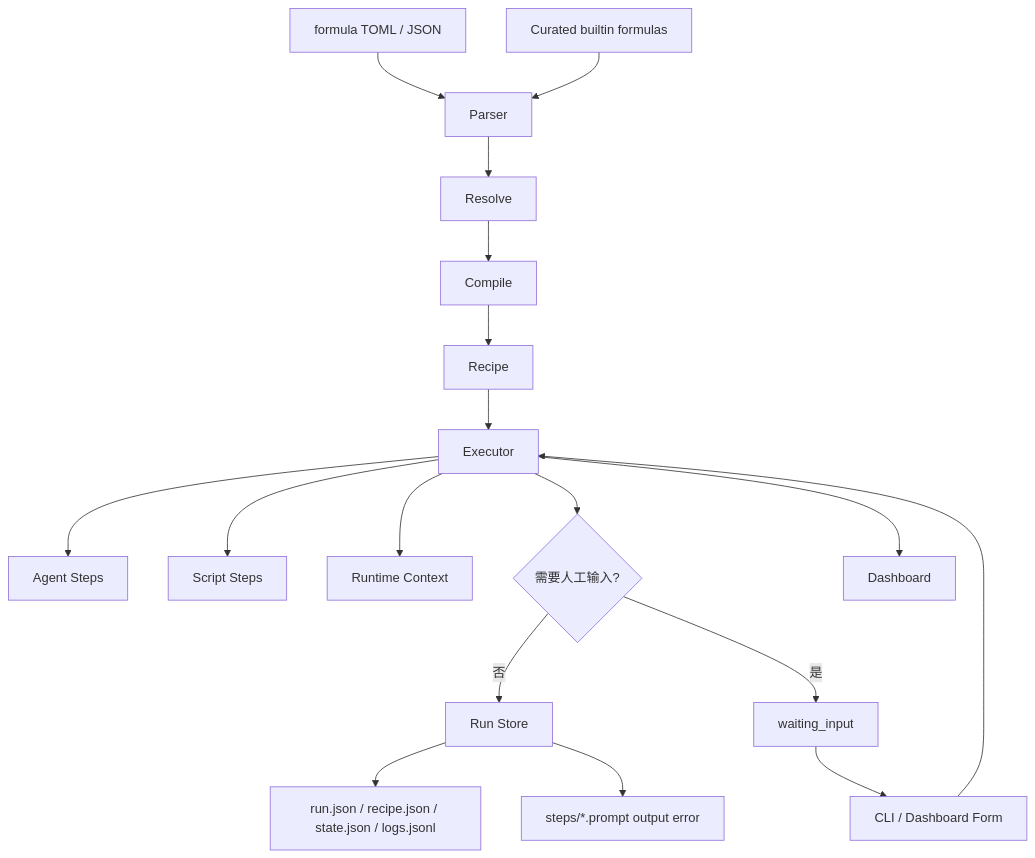
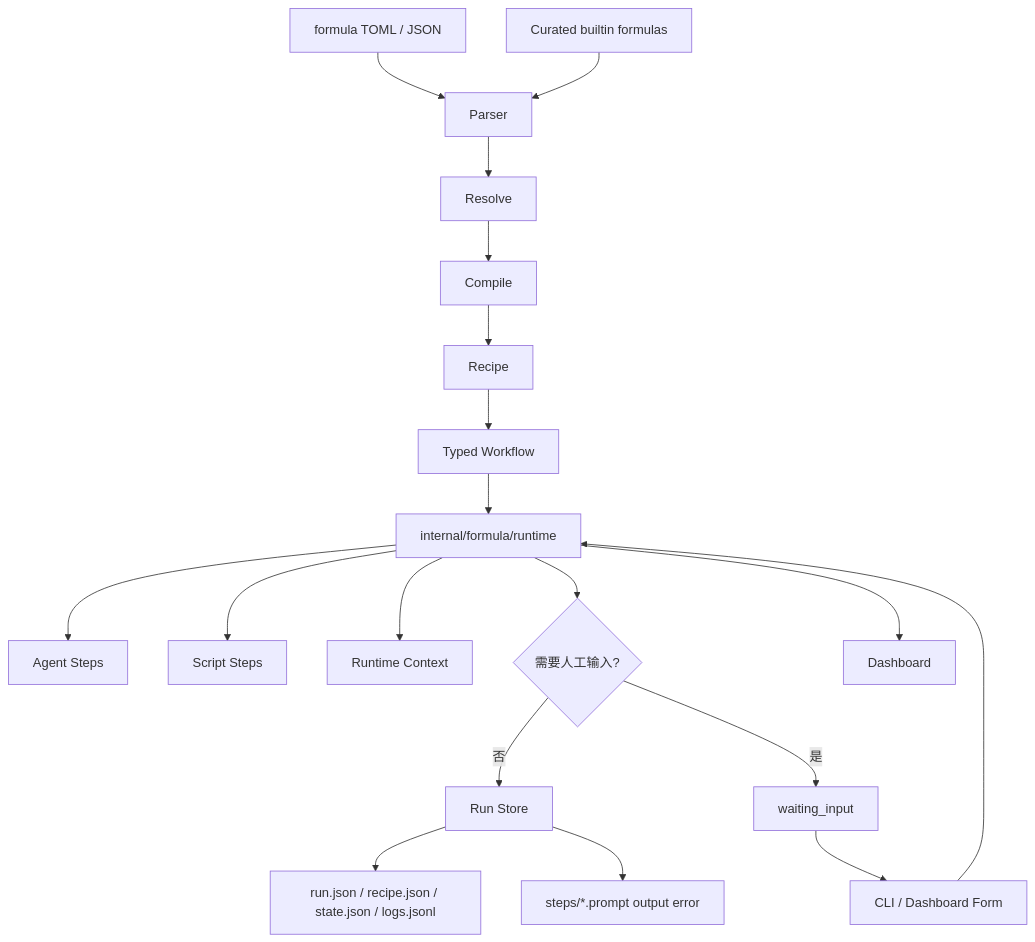
Before and after one commit to sjzsdu/tt: the first of 8 diagrams in ai-docs/formula-system.md, drawn with Mermaid. The commit also changed other lines of this file and 5 other files, not shown here.

Commit message:
docs(formula): update typed runtime architecture

````diff
--- a/ai-docs/formula-system.md
+++ b/ai-docs/formula-system.md
@@ -13,20 +13,21 @@
 ```mermaid
 flowchart TD
     A[formula TOML / JSON] --> B[Parser]
     A0[Curated builtin formulas] --> B
     B --> C[Resolve]
     C --> D[Compile]
     D --> E[Recipe]
-    E --> F[Executor]
+    E --> W[Typed Workflow]
+    W --> F[internal/formula/runtime]
     F --> G[Agent Steps]
     F --> H[Script Steps]
     F --> I[Runtime Context]
     F --> X{需要人工输入?}
     X -->|否| J[Run Store]
     X -->|是| Y[waiting_input]
     Y --> Z[CLI / Dashboard Form]
     Z --> F
     J --> K[run.json / recipe.json / state.json / logs.jsonl]
     J --> L[steps/*.prompt output error]
     F --> M[Dashboard]
 ```
````
